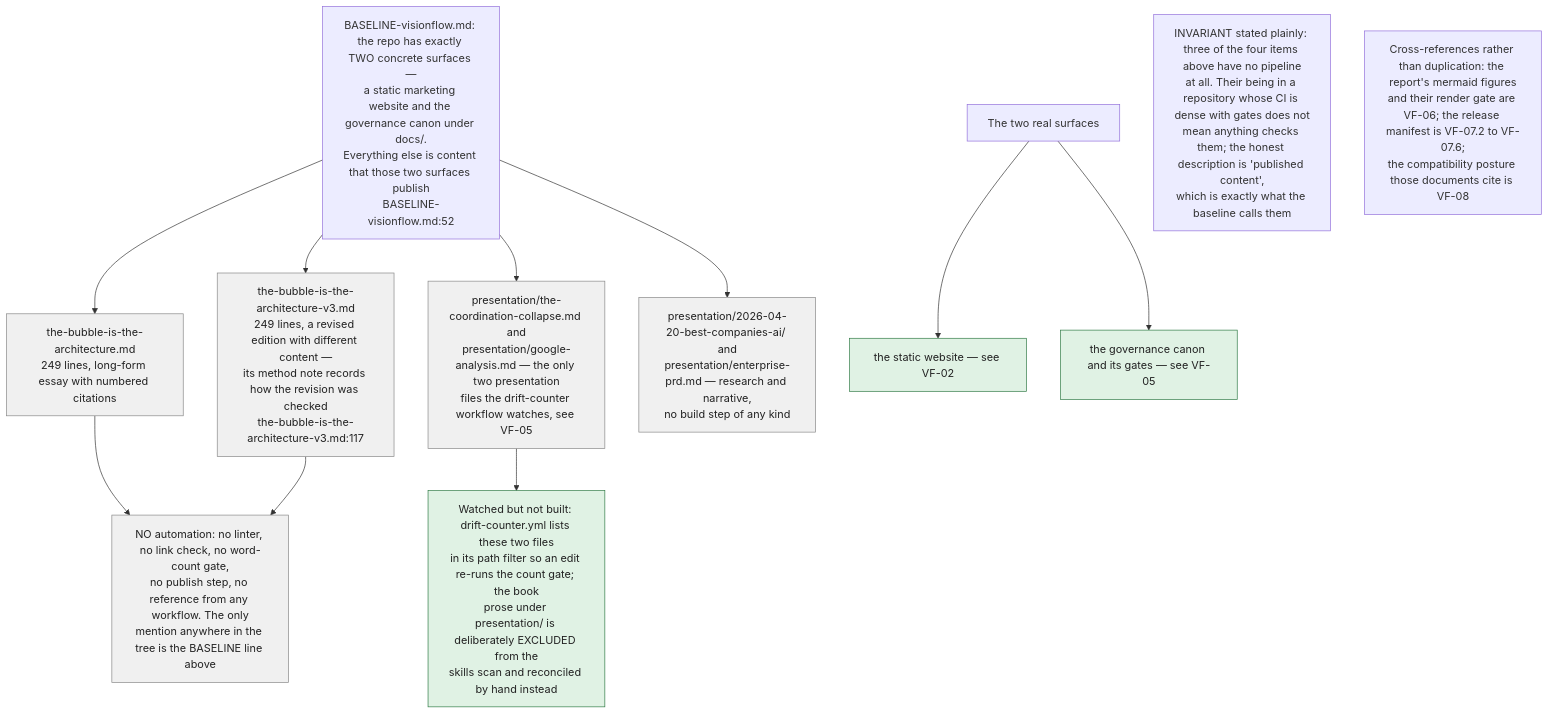
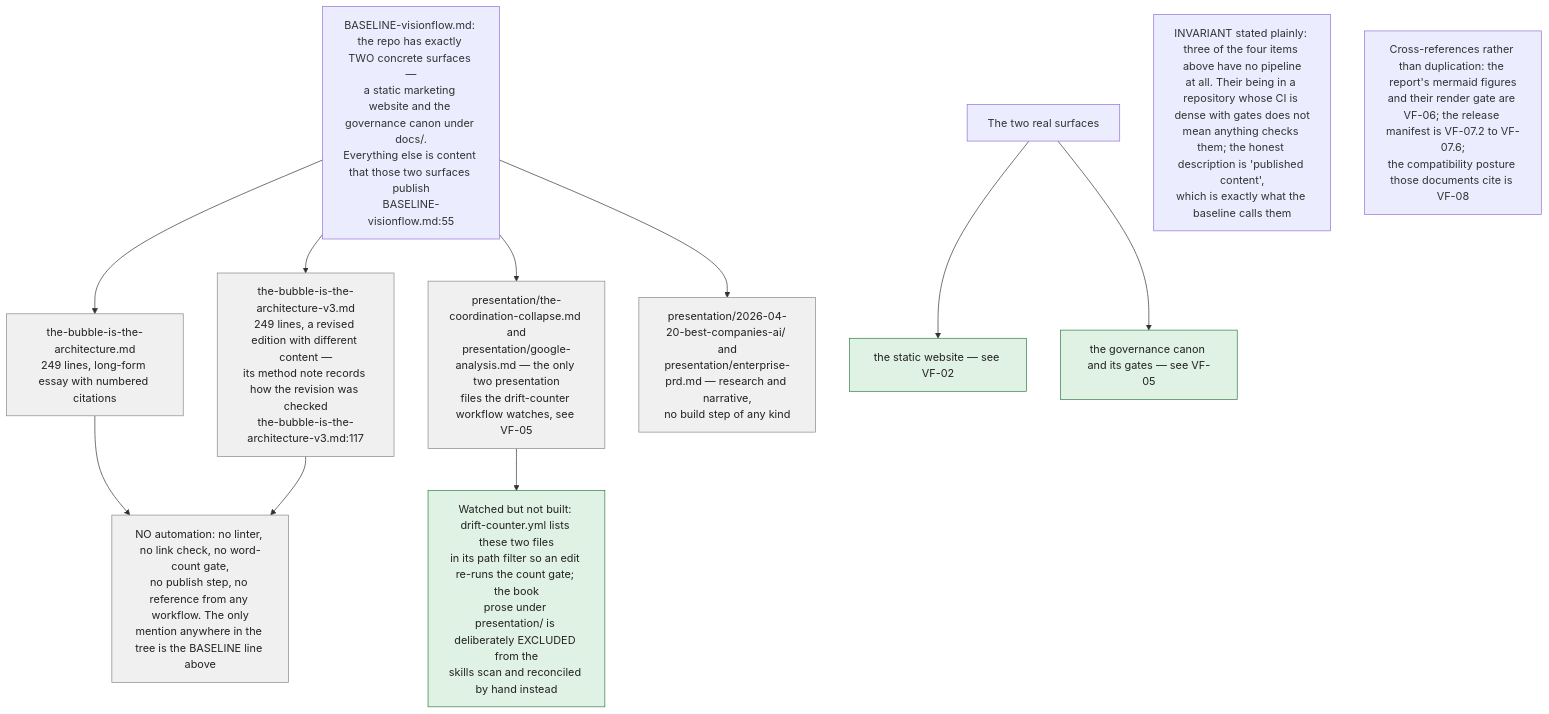
Diagram 11 of 11 in docs/diagrams/visionflow/07-pitch-presentation-reports.md (DreamLab-AI/VisionFlow), drawn with Mermaid before and after one commit. The commit also changed other lines of this file and 94 other files, not shown here.

First line of the commit message:
docs(diagrams): re-verify 130 topics against 2 October HEADs

````diff
--- a/docs/diagrams/visionflow/07-pitch-presentation-reports.md
+++ b/docs/diagrams/visionflow/07-pitch-presentation-reports.md
@@ -442,24 +442,24 @@
 ```mermaid
 flowchart TB
     classDef content fill:#f0f0f0,stroke:#888,color:#222
     classDef surface fill:#e0f2e4,stroke:#2f7a45,color:#222
 
-    BASE["BASELINE-visionflow.md: the repo has exactly TWO concrete surfaces —<br/>a static marketing website and the governance canon under docs/.<br/>Everything else is content that those two surfaces publish<br/>BASELINE-visionflow.md:52"]
+    BASE["BASELINE-visionflow.md: the repo has exactly TWO concrete surfaces —<br/>a static marketing website and the governance canon under docs/.<br/>Everything else is content that those two surfaces publish<br/>BASELINE-visionflow.md:55"]
 
     BASE --> C1["the-bubble-is-the-architecture.md<br/>249 lines, long-form essay with numbered citations"]:::content
     BASE --> C2["the-bubble-is-the-architecture-v3.md<br/>249 lines, a revised edition with different content —<br/>its method note records how the revision was checked<br/>the-bubble-is-the-architecture-v3.md:117"]:::content
     BASE --> C3["presentation/the-coordination-collapse.md and<br/>presentation/google-analysis.md — the only two presentation<br/>files the drift-counter workflow watches, see VF-05"]:::content
     BASE --> C4["presentation/2026-04-20-best-companies-ai/ and<br/>presentation/enterprise-prd.md — research and narrative,<br/>no build step of any kind"]:::content
 
     C1 --> N1["NO automation: no linter, no link check, no word-count gate,<br/>no publish step, no reference from any workflow. The only<br/>mention anywhere in the tree is the BASELINE line above"]:::content
     C2 --> N1
 
     C3 --> N2["Watched but not built: drift-counter.yml lists these two files<br/>in its path filter so an edit re-runs the count gate; the book<br/>prose under presentation/ is deliberately EXCLUDED from the<br/>skills scan and reconciled by hand instead"]:::surface
 
     SURF["The two real surfaces"] --> S1["the static website — see VF-02"]:::surface
     SURF --> S2["the governance canon and its gates — see VF-05"]:::surface
 
     HONEST["INVARIANT stated plainly: three of the four items above have no pipeline<br/>at all. Their being in a repository whose CI is dense with gates does not<br/>mean anything checks them; the honest description is 'published content',<br/>which is exactly what the baseline calls them"]
 
     XREF["Cross-references rather than duplication: the report's mermaid figures<br/>and their render gate are VF-06; the release manifest is VF-07.2 to VF-07.6;<br/>the compatibility posture those documents cite is VF-08"]
 ```
````
